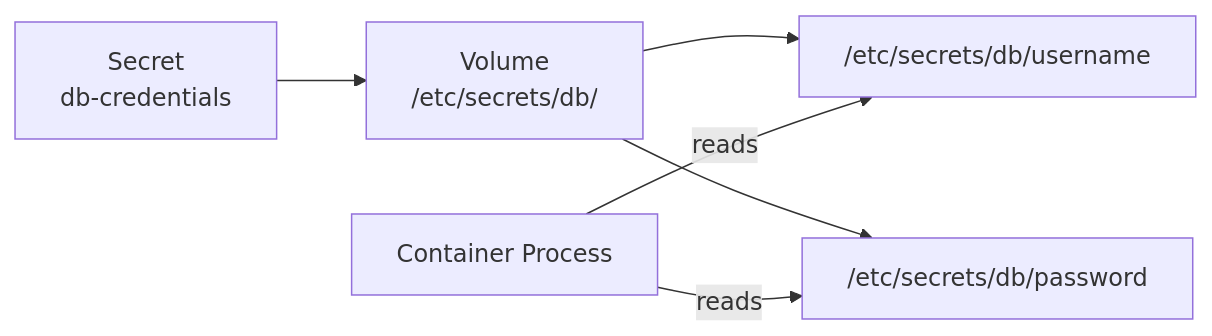
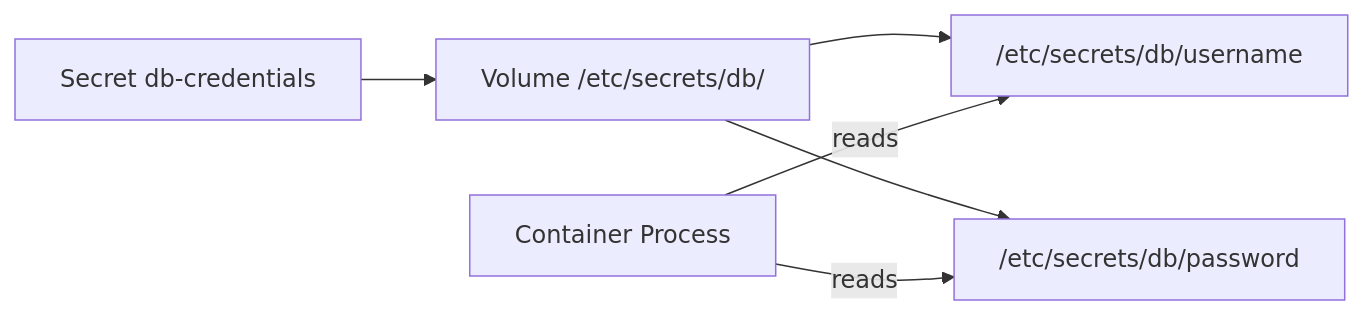
One commit to UncleJS/course_k3s changed the third of 6 diagrams in 09_security/04_secrets_management.md. Above: the diagram before and after it, drawn with Mermaid. The commit also changed other lines of this file and 57 other files, not shown here.

````diff
--- a/09_security/04_secrets_management.md
+++ b/09_security/04_secrets_management.md
@@ -225,8 +225,8 @@
 ```mermaid
 flowchart LR
-    S[Secret\ndb-credentials] --> V[Volume\n/etc/secrets/db/]
+    S[Secret db-credentials] --> V[Volume /etc/secrets/db/]
     V --> F1["/etc/secrets/db/username"]
     V --> F2["/etc/secrets/db/password"]
     APP[Container Process] -->|reads| F1
     APP -->|reads| F2
 ```
````
